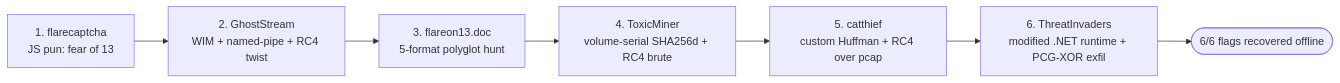
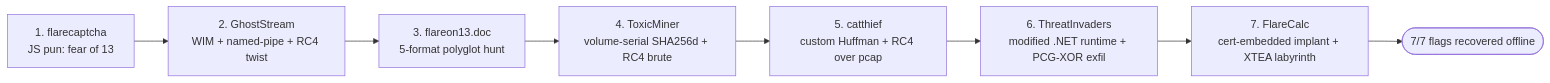
One commit to blackbeard666/flareon-13-2026-ai-writeups changed the diagram in writeups/README.md. Above: the diagram before and after it, drawn with Mermaid. The commit also changed other lines of this file and 37 other files, not shown here.

First line of the commit message:
FLARE-On 13 #7 FlareCalc: SOLVED offline

````diff
--- a/writeups/README.md
+++ b/writeups/README.md
@@ -20,9 +21,10 @@
 ```mermaid
 flowchart LR
     C1[1. flarecaptcha<br/>JS pun: fear of 13] --> C2[2. GhostStream<br/>WIM + named-pipe + RC4 twist]
     C2 --> C3[3. flareon13.doc<br/>5-format polyglot hunt]
     C3 --> C4[4. ToxicMiner<br/>volume-serial SHA256d + RC4 brute]
     C4 --> C5[5. catthief<br/>custom Huffman + RC4 over pcap]
     C5 --> C6[6. ThreatInvaders<br/>modified .NET runtime + PCG-XOR exfil]
-    C6 --> DONE([6/6 flags recovered offline])
+    C6 --> C7[7. FlareCalc<br/>cert-embedded implant + XTEA labyrinth]
+    C7 --> DONE([7/7 flags recovered offline])
 ```
````
